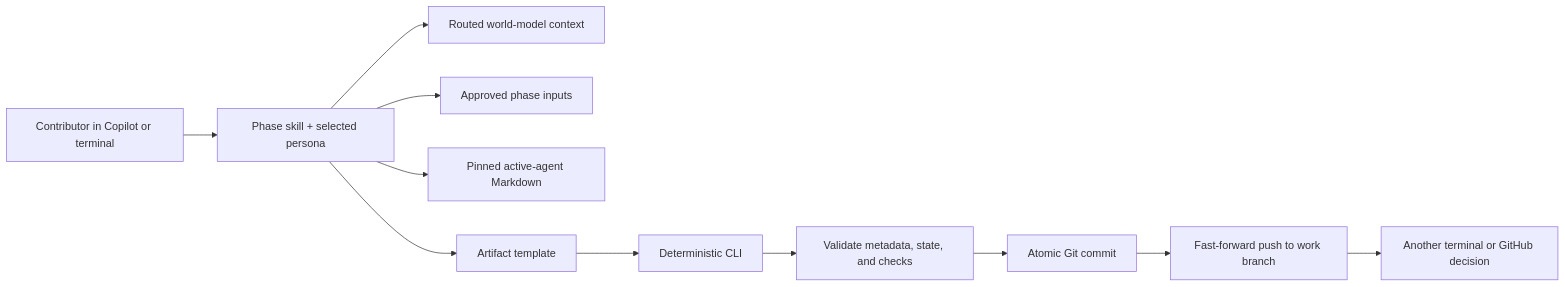
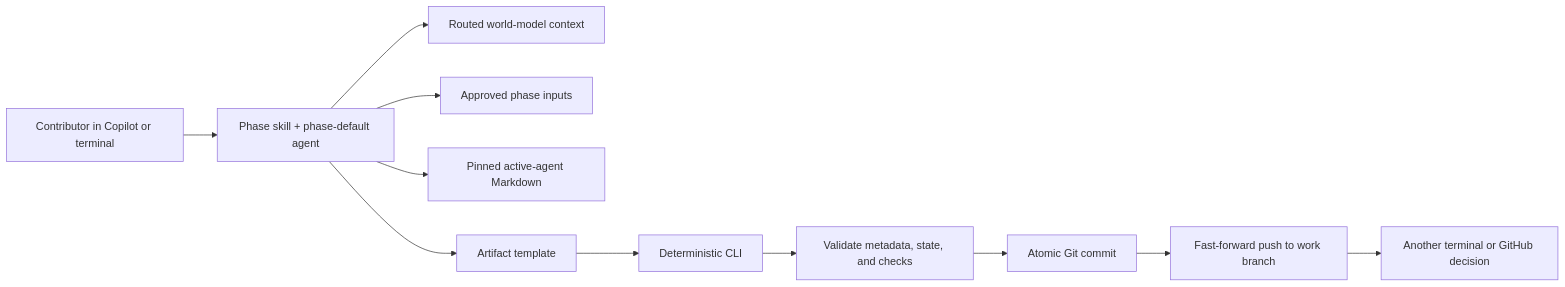
Before and after one commit to ashokraj2011/singularityflow: the second of 4 diagrams in ARCHITECTURE.md, drawn with Mermaid. The commit also changed other lines of this file and 179 other files, not shown here.

````diff
--- a/ARCHITECTURE.md
+++ b/ARCHITECTURE.md
@@ -40,13 +40,13 @@
 ```mermaid
 flowchart LR
-  U["Contributor in Copilot or terminal"] --> S["Phase skill + selected persona"]
+  U["Contributor in Copilot or terminal"] --> S["Phase skill + phase-default agent"]
   S --> W["Routed world-model context"]
   S --> I["Approved phase inputs"]
   S --> D["Pinned active-agent Markdown"]
   S --> A["Artifact template"]
   A --> C["Deterministic CLI"]
   C --> V["Validate metadata, state, and checks"]
   V --> G["Atomic Git commit"]
   G --> R["Fast-forward push to work branch"]
   R --> O["Another terminal or GitHub decision"]
 ```
````
